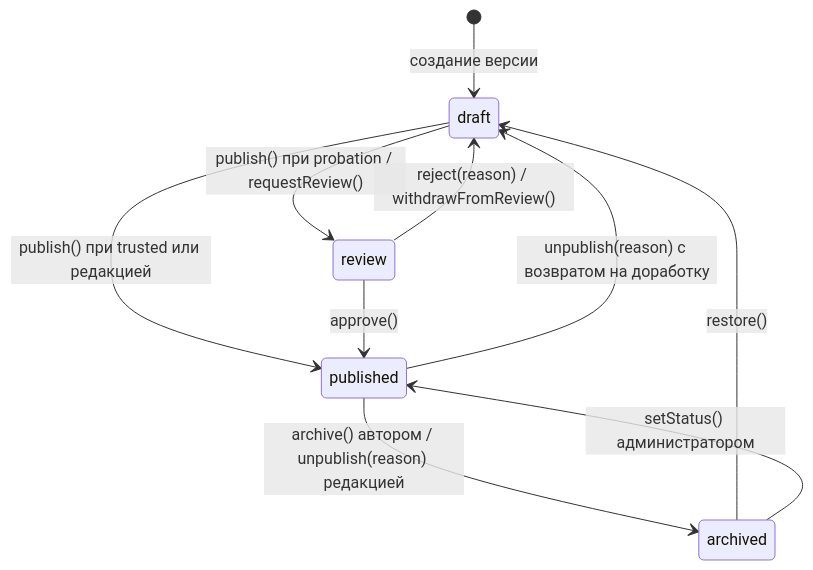
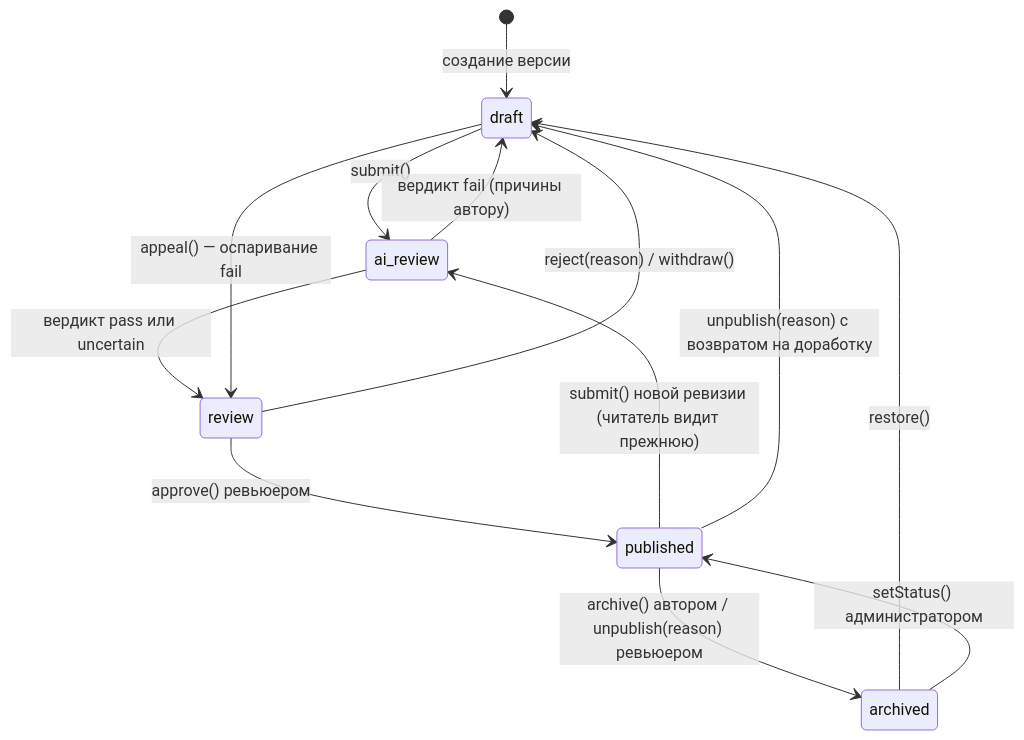
The diagram in docs/vision/05-editor.md (Egoka/Altera), drawn with Mermaid before and after one commit. The commit also changed other lines of this file and 18 other files, not shown here.

First line of the commit message:
docs(vision): revision 2 of product, roles, design system, commerce, architecture; roadmap revision 2

````diff
--- a/docs/vision/05-editor.md
+++ b/docs/vision/05-editor.md
@@ -63,12 +76,15 @@
 ```mermaid
 stateDiagram-v2
   [*] --> draft: создание версии
-  draft --> review: publish() при probation / requestReview()
-  draft --> published: publish() при trusted или редакцией
-  review --> published: approve()
-  review --> draft: reject(reason) / withdrawFromReview()
-  published --> archived: archive() автором / unpublish(reason) редакцией
+  draft --> ai_review: submit()
+  ai_review --> review: вердикт pass или uncertain
+  ai_review --> draft: вердикт fail (причины автору)
+  draft --> review: appeal() — оспаривание fail
+  review --> published: approve() ревьюером
+  review --> draft: reject(reason) / withdraw()
+  published --> ai_review: submit() новой ревизии (читатель видит прежнюю)
+  published --> archived: archive() автором / unpublish(reason) ревьюером
   published --> draft: unpublish(reason) с возвратом на доработку
   archived --> draft: restore()
   archived --> published: setStatus() администратором
 ```
````
